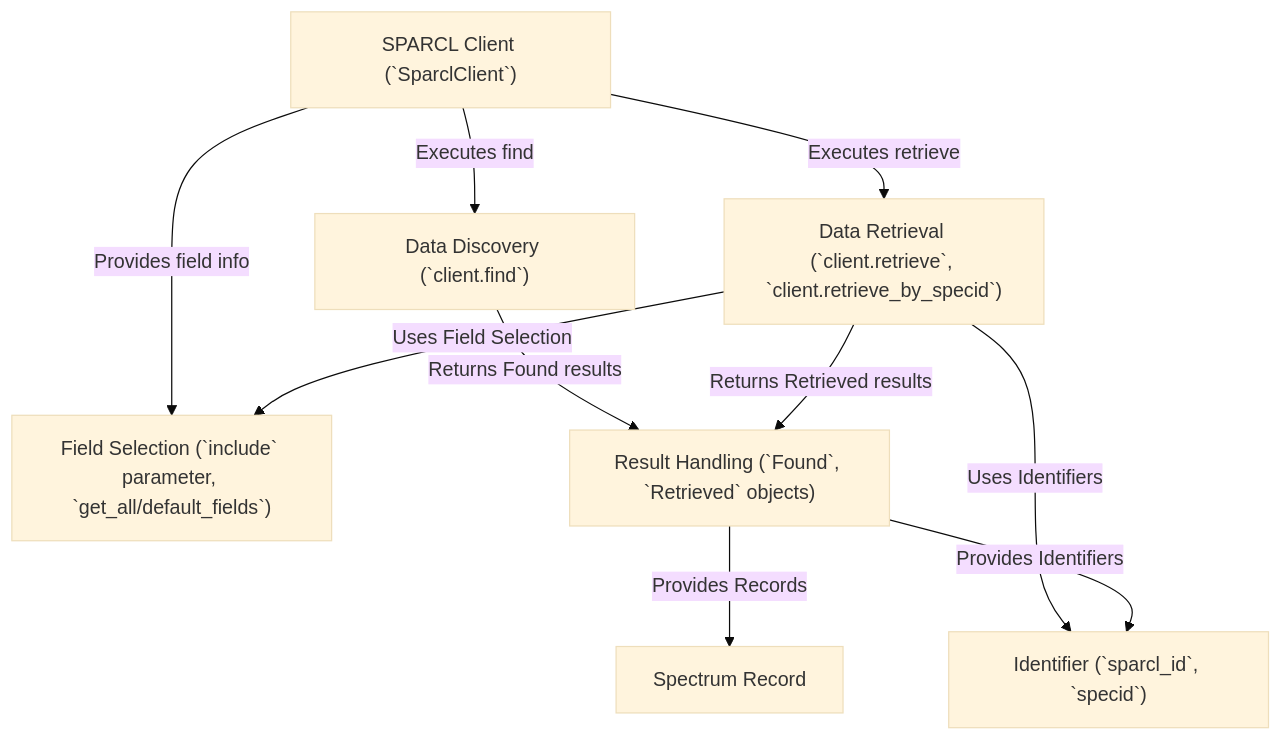
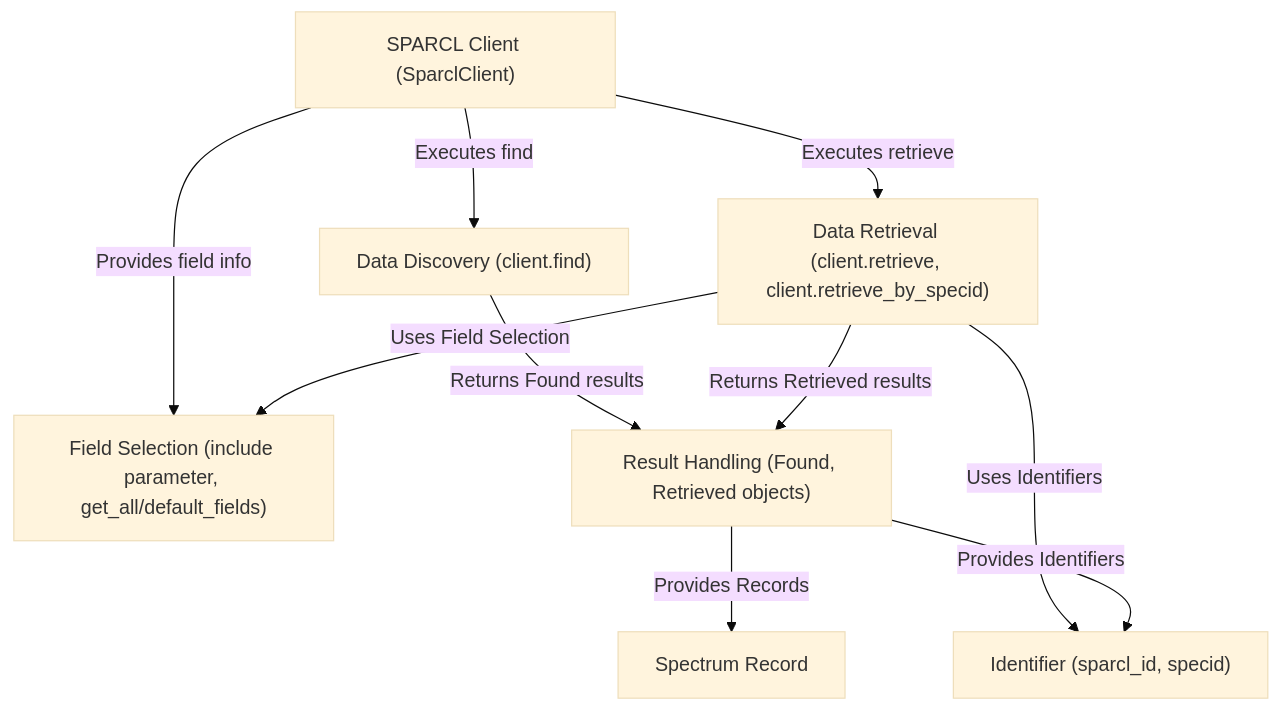
The diagram in README.md (AJAX6255/SPARCL), drawn with Mermaid (base theme) before and after one commit.

Commit message:
Update README.md
removed single back quote marks from mermaid image code

````diff
--- a/README.md
+++ b/README.md
@@ -10,26 +10,26 @@
 ```mermaid
 flowchart TD
-    A0["SPARCL Client (`SparclClient`)
+    A0["SPARCL Client (SparclClient)
 "]
     A1["Spectrum Record
 "]
-    A2["Data Discovery (`client.find`)
+    A2["Data Discovery (client.find)
 "]
-    A3["Data Retrieval (`client.retrieve`, `client.retrieve_by_specid`)
+    A3["Data Retrieval (client.retrieve, client.retrieve_by_specid)
 "]
-    A4["Identifier (`sparcl_id`, `specid`)
+    A4["Identifier (sparcl_id, specid)
 "]
-    A5["Field Selection (`include` parameter, `get_all/default_fields`)
+    A5["Field Selection (include parameter, get_all/default_fields)
 "]
-    A6["Result Handling (`Found`, `Retrieved` objects)
+    A6["Result Handling (Found, Retrieved objects)
 "]
     A0 -- "Executes find" --> A2
     A0 -- "Executes retrieve" --> A3
     A0 -- "Provides field info" --> A5
     A2 -- "Returns Found results" --> A6
     A3 -- "Uses Identifiers" --> A4
     A3 -- "Uses Field Selection" --> A5
     A3 -- "Returns Retrieved results" --> A6
     A6 -- "Provides Records" --> A1
     A6 -- "Provides Identifiers" --> A4
 ```
````
